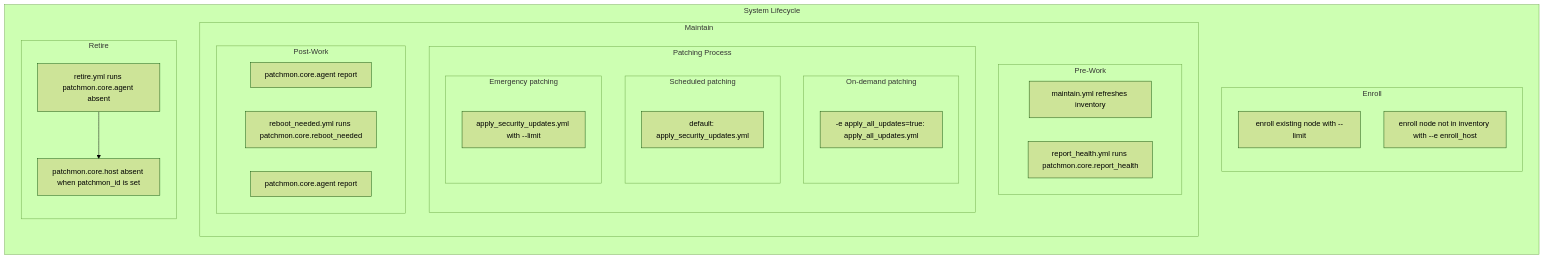
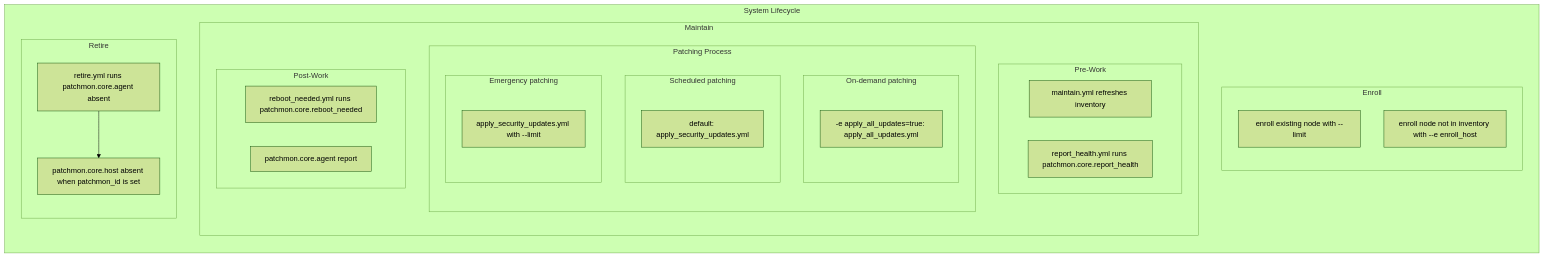
One commit to mrjoshuap/PatchMon-ansible changed the second of 2 diagrams in docs/automator-guide.md. Above: the diagram before and after it, drawn with Mermaid (forest theme).

Commit message:
docs: remove redundant report section from automator-guide.md flowchart
Eliminated the unnecessary "patchmon.core.agent report" node from the Post-Work section of the system lifecycle flowchart in automator-guide.md, streamlining the visual representation for improved clarity.

````diff
--- a/docs/automator-guide.md
+++ b/docs/automator-guide.md
@@ -409,45 +409,44 @@
 ```mermaid
 flowchart LR
   subgraph lifecycle ["System Lifecycle"]
     direction TB
     subgraph enroll [Enroll]
       direction TB
       enrollExisting["enroll existing node with --limit"]
       enrollNew["enroll node not in inventory with --e enroll_host"]
     end
     subgraph maintain [Maintain]
       direction TB
       subgraph preWork [Pre-Work]
       direction LR
         refresh["maintain.yml refreshes inventory"]
         health["report_health.yml runs patchmon.core.report_health"]
       end
       subgraph patching ["Patching Process"]
         direction TB
         subgraph ondemand ["On-demand patching"]
           direction TB
           allUpdates["-e apply_all_updates=true: apply_all_updates.yml"]
         end
         subgraph scheduled ["Scheduled patching"]
           direction TB
           securityUpd["default: apply_security_updates.yml"]
         end
         subgraph emergency ["Emergency patching"]
           direction TB
           emergencyUpd["apply_security_updates.yml with --limit"]
         end
       end
       subgraph postWork [Post-Work]
-        reportSec["patchmon.core.agent report"]
         rebootHost["reboot_needed.yml runs patchmon.core.reboot_needed"]
         reportReboot["patchmon.core.agent report"]
       end
     end
     subgraph retire [Retire]
       direction TB
       removeAgent["retire.yml runs patchmon.core.agent absent"]
       deleteHost["patchmon.core.host absent when patchmon_id is set"]
       removeAgent --> deleteHost
     end
   end
 ```
````
